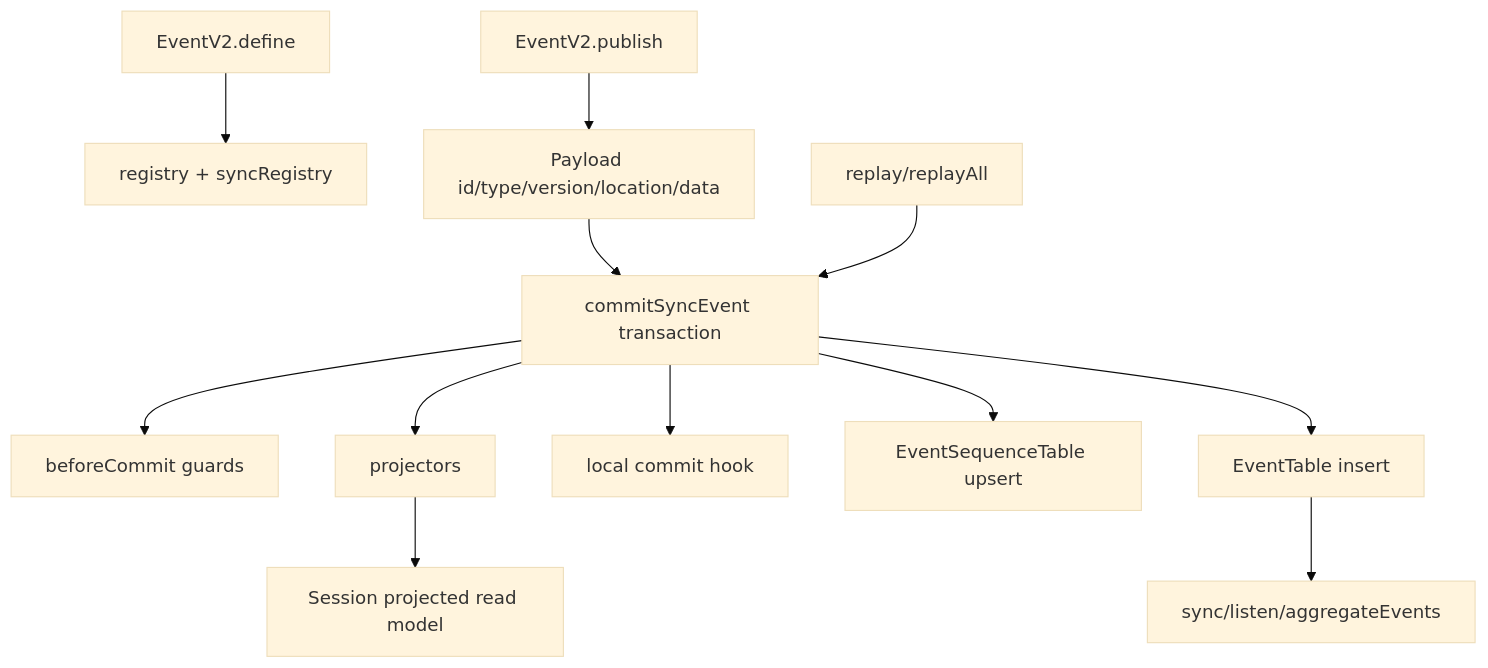
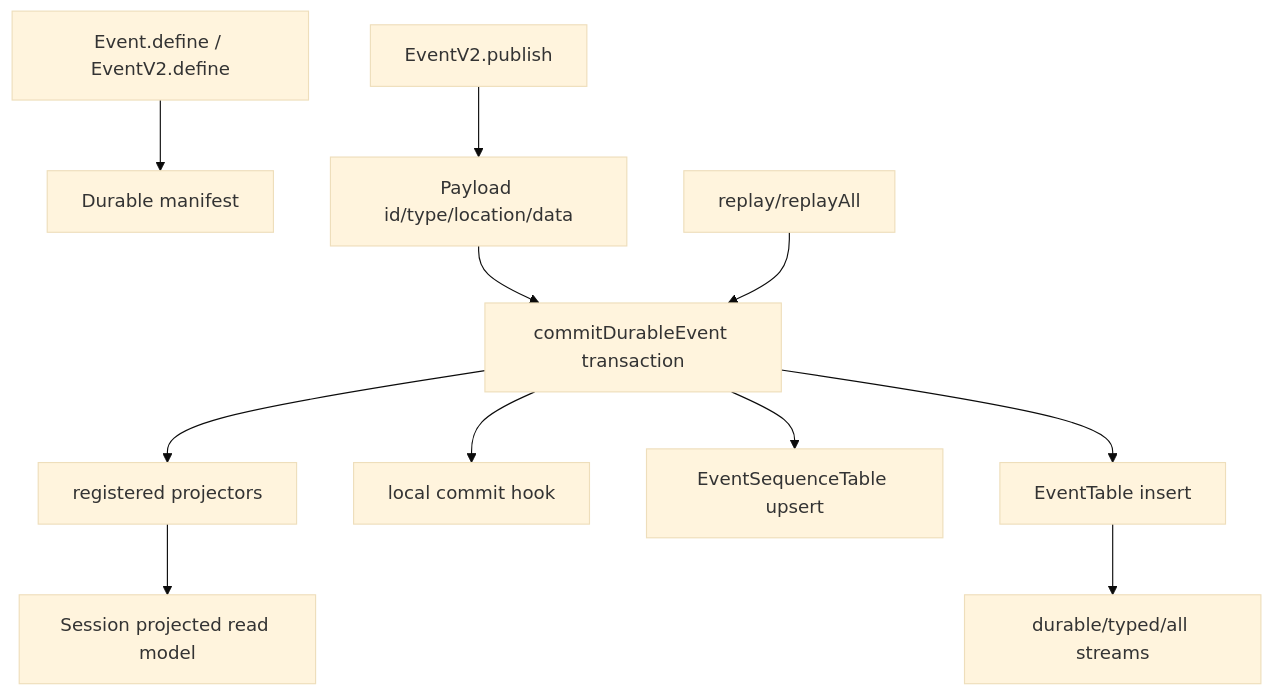
The diagram in docs/llm-wiki/opencode/spine/v2-event-sourcing.md (wdnmdtonyma/SOTA-Agent-LLM-Wiki), drawn with Mermaid (base theme) before and after one commit. The commit also changed other lines of this file and 544 other files, not shown here.

````diff
--- a/docs/llm-wiki/opencode/spine/v2-event-sourcing.md
+++ b/docs/llm-wiki/opencode/spine/v2-event-sourcing.md
@@ -24,14 +24,13 @@
 ```mermaid
 flowchart TD
-  Definition["EventV2.define"] --> Registry["registry + syncRegistry"]
-  Publish["EventV2.publish"] --> Payload["Payload id/type/version/location/data"]
-  Payload --> Commit["commitSyncEvent transaction"]
-  Commit --> Guards["beforeCommit guards"]
-  Commit --> Projectors["projectors"]
+  Definition["Event.define / EventV2.define"] --> DurableManifest["Durable manifest"]
+  Publish["EventV2.publish"] --> Payload["Payload id/type/location/data"]
+  Payload --> Commit["commitDurableEvent transaction"]
+  Commit --> Projectors["registered projectors"]
   Commit --> Hook["local commit hook"]
   Commit --> Seq["EventSequenceTable upsert"]
   Commit --> EventRow["EventTable insert"]
-  EventRow --> Subscribers["sync/listen/aggregateEvents"]
+  EventRow --> Subscribers["durable/typed/all streams"]
   Replay["replay/replayAll"] --> Commit
   Projectors --> SessionTables["Session projected read model"]
 ```
````
